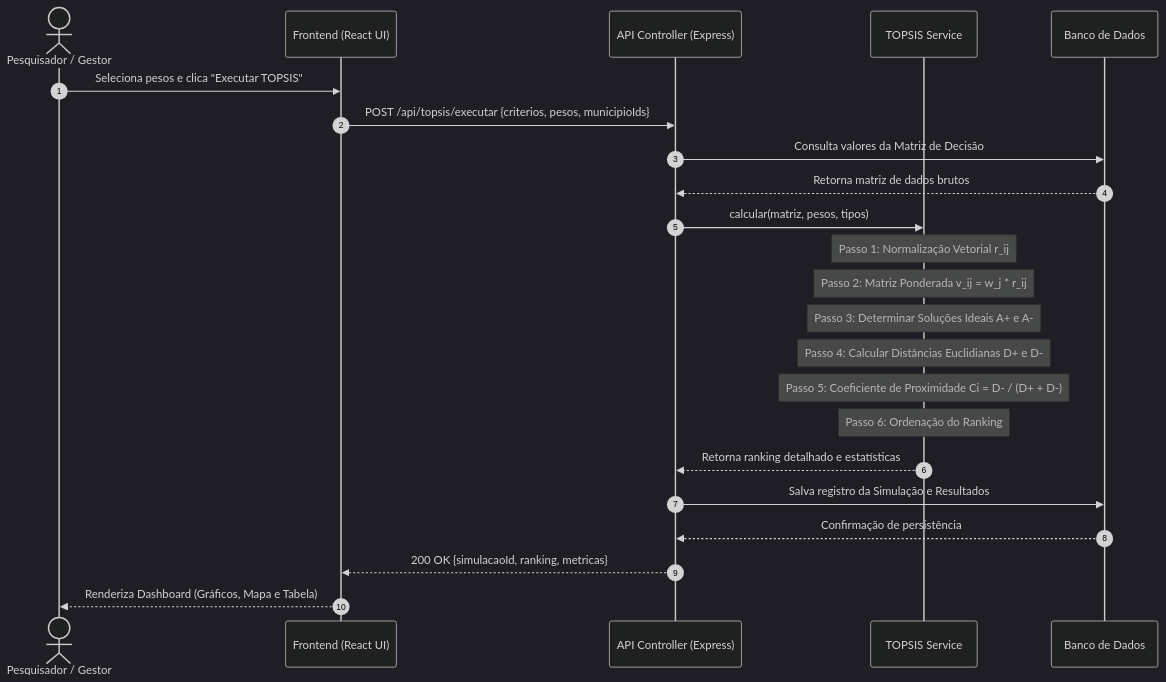
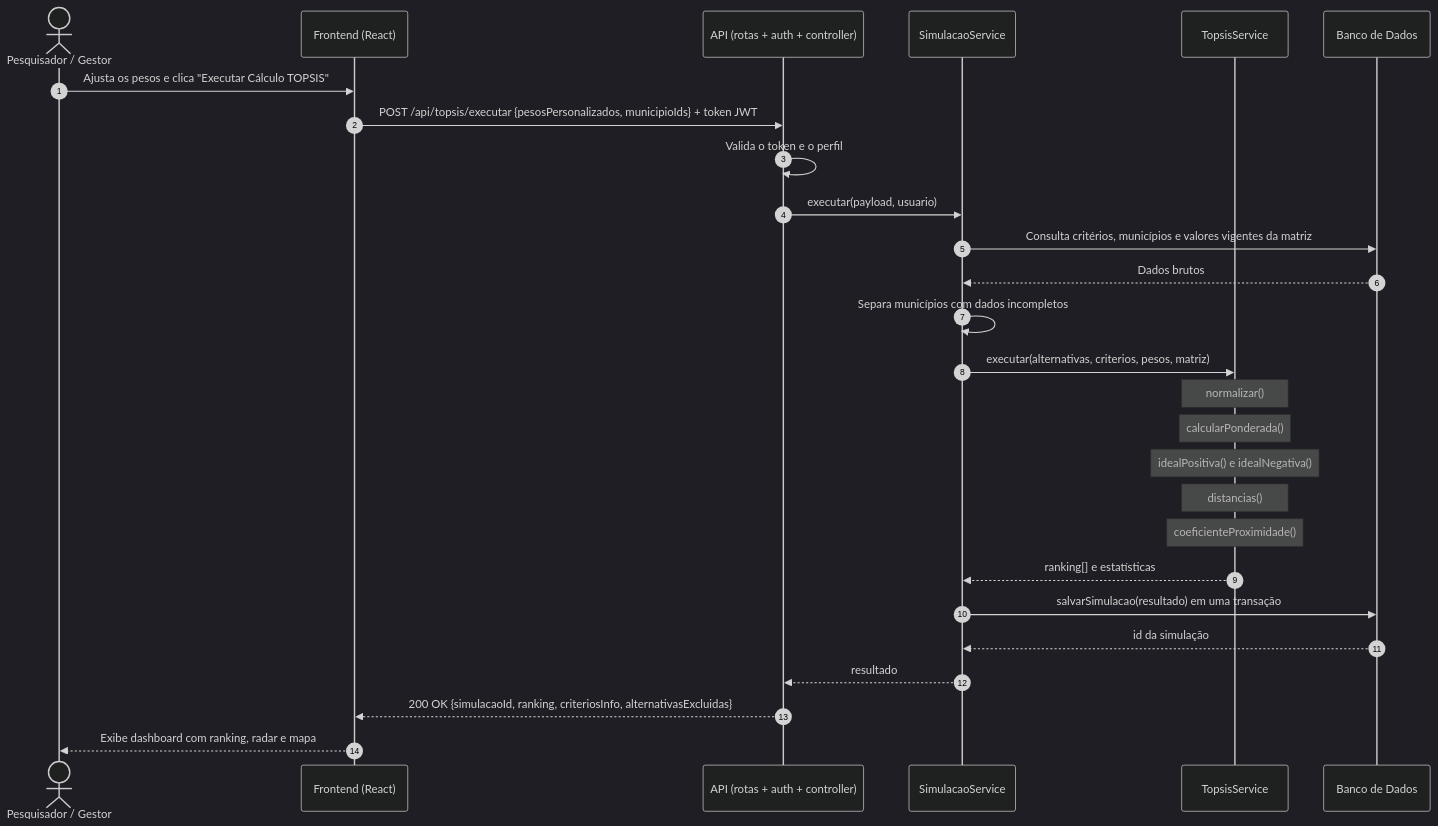
The third of 6 diagrams in docs/uml/diagramas_uml_completos.md (ironJohnsson/Restoraveis2), drawn with Mermaid (dark theme) before and after one commit. The commit also changed other lines of this file and 18 other files, not shown here.

````diff
--- a/docs/uml/diagramas_uml_completos.md
+++ b/docs/uml/diagramas_uml_completos.md
@@ -151,26 +175,30 @@
 ```mermaid
 sequenceDiagram
     autonumber
     actor Usuario as Pesquisador / Gestor
-    participant Front as Frontend (React UI)
-    participant API as API Controller (Express)
-    participant Engine as TOPSIS Service
+    participant Front as Frontend (React)
+    participant API as API (rotas + auth + controller)
+    participant Sim as SimulacaoService
+    participant Engine as TopsisService
     participant DB as Banco de Dados
 
-    Usuario->>Front: Seleciona pesos e clica "Executar TOPSIS"
-    Front->>API: POST /api/topsis/executar {criterios, pesos, municipioIds}
-    API->>DB: Consulta valores da Matriz de Decisão
-    DB-->>API: Retorna matriz de dados brutos
-    API->>Engine: calcular(matriz, pesos, tipos)
-    Note over Engine: Passo 1: Normalização Vetorial r_ij
-    Note over Engine: Passo 2: Matriz Ponderada v_ij = w_j * r_ij
-    Note over Engine: Passo 3: Determinar Soluções Ideais A+ e A-
-    Note over Engine: Passo 4: Calcular Distâncias Euclidianas D+ e D-
-    Note over Engine: Passo 5: Coeficiente de Proximidade Ci = D- / (D+ + D-)
-    Note over Engine: Passo 6: Ordenação do Ranking
-    Engine-->>API: Retorna ranking detalhado e estatísticas
-    API->>DB: Salva registro da Simulação e Resultados
-    DB-->>API: Confirmação de persistência
-    API-->>Front: 200 OK {simulacaoId, ranking, metricas}
-    Front-->>Usuario: Renderiza Dashboard (Gráficos, Mapa e Tabela)
+    Usuario->>Front: Ajusta os pesos e clica "Executar Cálculo TOPSIS"
+    Front->>API: POST /api/topsis/executar {pesosPersonalizados, municipioIds} + token JWT
+    API->>API: Valida o token e o perfil
+    API->>Sim: executar(payload, usuario)
+    Sim->>DB: Consulta critérios, municípios e valores vigentes da matriz
+    DB-->>Sim: Dados brutos
+    Sim->>Sim: Separa municípios com dados incompletos
+    Sim->>Engine: executar(alternativas, criterios, pesos, matriz)
+    Note over Engine: normalizar()
+    Note over Engine: calcularPonderada()
+    Note over Engine: idealPositiva() e idealNegativa()
+    Note over Engine: distancias()
+    Note over Engine: coeficienteProximidade()
+    Engine-->>Sim: ranking[] e estatísticas
+    Sim->>DB: salvarSimulacao(resultado) em uma transação
+    DB-->>Sim: id da simulação
+    Sim-->>API: resultado
+    API-->>Front: 200 OK {simulacaoId, ranking, criteriosInfo, alternativasExcluidas}
+    Front-->>Usuario: Exibe dashboard com ranking, radar e mapa
 ```
````
